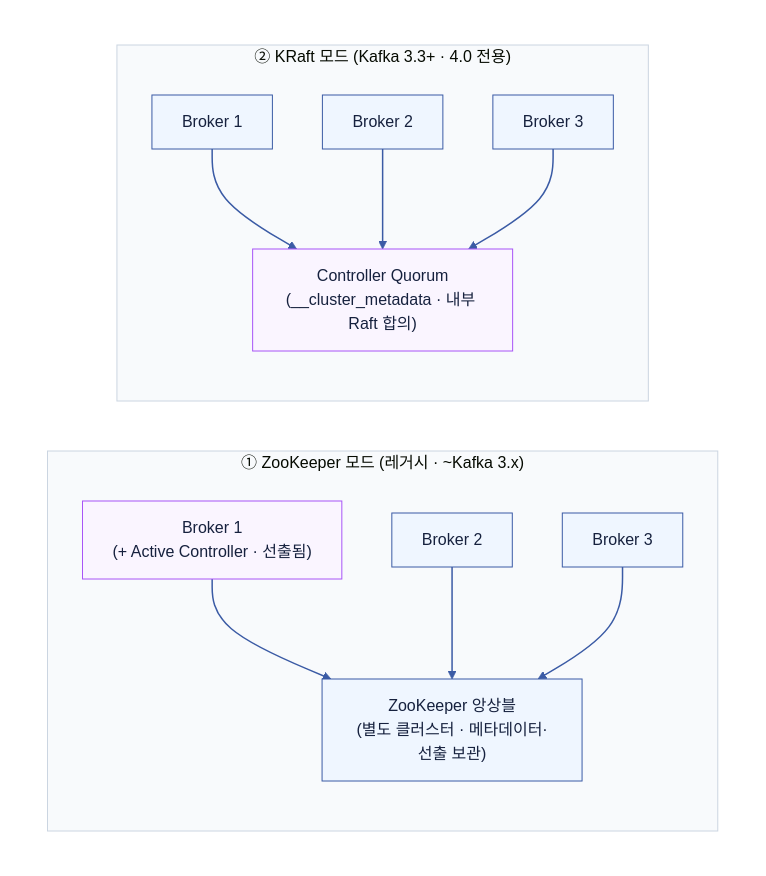
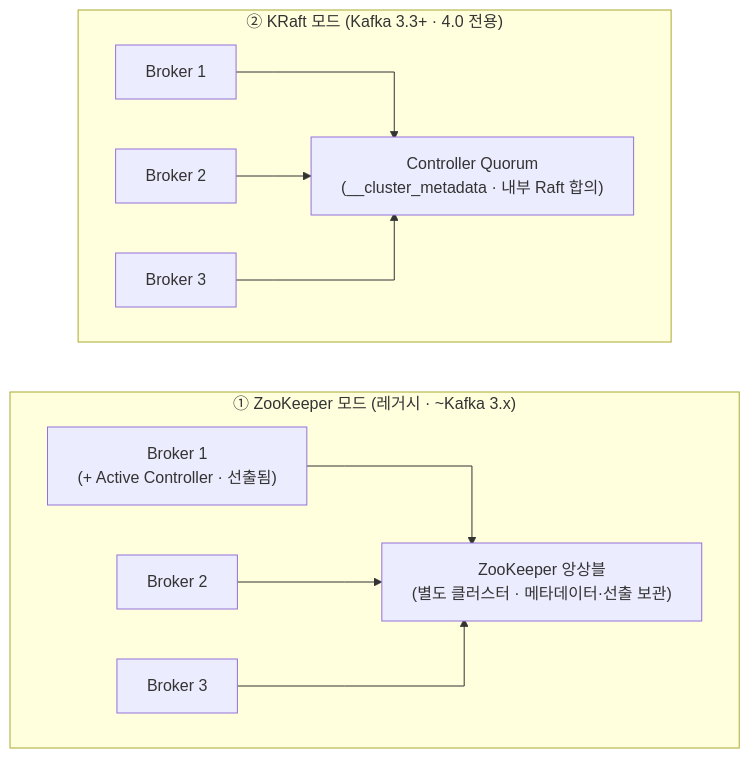
The second of 2 diagrams in computer-science/2606-kafka-구조.md (Hyune-s-lab/my-ai-study), drawn with Mermaid before and after one commit. The commit also changed other lines of this file and 49 other files, not shown here.

Commit message:
docs: 단순 다이어그램은 Mermaid로, 복잡한 배치는 SVG로 정리

````diff
--- a/computer-science/2606-kafka-구조.md
+++ b/computer-science/2606-kafka-구조.md
@@ -134,36 +88,24 @@
 ```mermaid
 flowchart LR
-%%{init: {"theme": "base", "darkMode": false, "themeVariables": {"background": "#ffffff", "primaryColor": "#EFF6FF", "primaryTextColor": "#16213E", "primaryBorderColor": "#3B5BA5", "secondaryColor": "#F0FDF4", "tertiaryColor": "#FAF5FF", "lineColor": "#3B5BA5", "textColor": "#16213E", "edgeLabelBackground": "#ffffff", "clusterBkg": "#F8FAFC", "clusterBorder": "#CBD5E1"}}}%%
-  subgraph canvas[" "]
+%%{init: {"flowchart": {"curve": "stepAfter", "wrappingWidth": 400}}}%%
+  subgraph g_zkmode["① ZooKeeper 모드 (레거시 · ~Kafka 3.x)"]
     direction LR
-    subgraph zkmode["① ZooKeeper 모드 (레거시 · ~Kafka 3.x)"]
-      direction TB
-      z["ZooKeeper 앙상블<br/>(별도 클러스터 · 메타데이터·선출 보관)"]
-      zk_b1["Broker 1<br/>(+ Active Controller · 선출됨)"]
-      zk_b2["Broker 2"]
-      zk_b3["Broker 3"]
-      zk_b1 --> z
-      zk_b2 --> z
-      zk_b3 --> z
-    end
-  
-    subgraph kraftmode["② KRaft 모드 (Kafka 3.3+ · 4.0 전용)"]
-      direction TB
-      cq["Controller Quorum<br/>(__cluster_metadata · 내부 Raft 합의)"]
-      k_b1["Broker 1"]
-      k_b2["Broker 2"]
-      k_b3["Broker 3"]
-      k_b1 --> cq
-      k_b2 --> cq
-      k_b3 --> cq
-    end
+    n_z["ZooKeeper 앙상블<br/>(별도 클러스터 · 메타데이터·선출 보관)"]
+    n_zk_b1["Broker 1<br/>(+ Active Controller · 선출됨)"]
+    n_zk_b2["Broker 2"]
+    n_zk_b3["Broker 3"]
   end
-  style canvas fill:#ffffff,stroke:#ffffff,color:#111827
-  linkStyle default stroke:#3B5BA5,stroke-width:1.5px
-  classDef app fill:#EFF6FF,stroke:#3B5BA5,stroke-width:1px,color:#16213E
-  class z,zk_b2,zk_b3,k_b1,k_b2,k_b3 app
-  classDef db fill:#F0FDF4,stroke:#3F8E55,stroke-width:1px,color:#16213E
-  classDef policy fill:#FAF5FF,stroke:#A855F7,stroke-width:1px,color:#16213E
-  class zk_b1,cq policy
-  classDef worker fill:#FFF7ED,stroke:#C98A2B,stroke-width:1px,color:#16213E
+  subgraph g_kraftmode["② KRaft 모드 (Kafka 3.3+ · 4.0 전용)"]
+    direction LR
+    n_cq["Controller Quorum<br/>(__cluster_metadata · 내부 Raft 합의)"]
+    n_k_b1["Broker 1"]
+    n_k_b2["Broker 2"]
+    n_k_b3["Broker 3"]
+  end
+  n_zk_b1 --> n_z
+  n_zk_b2 --> n_z
+  n_zk_b3 --> n_z
+  n_k_b1 --> n_cq
+  n_k_b2 --> n_cq
+  n_k_b3 --> n_cq
 ```
````
